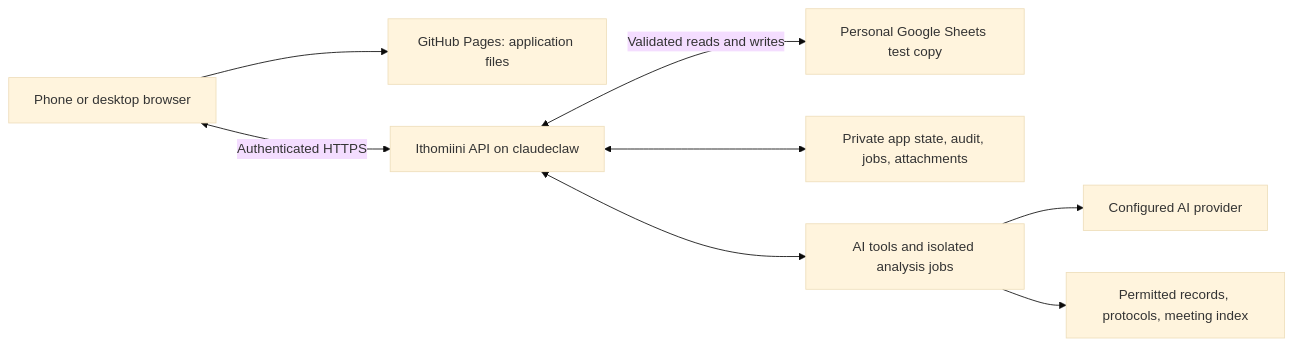
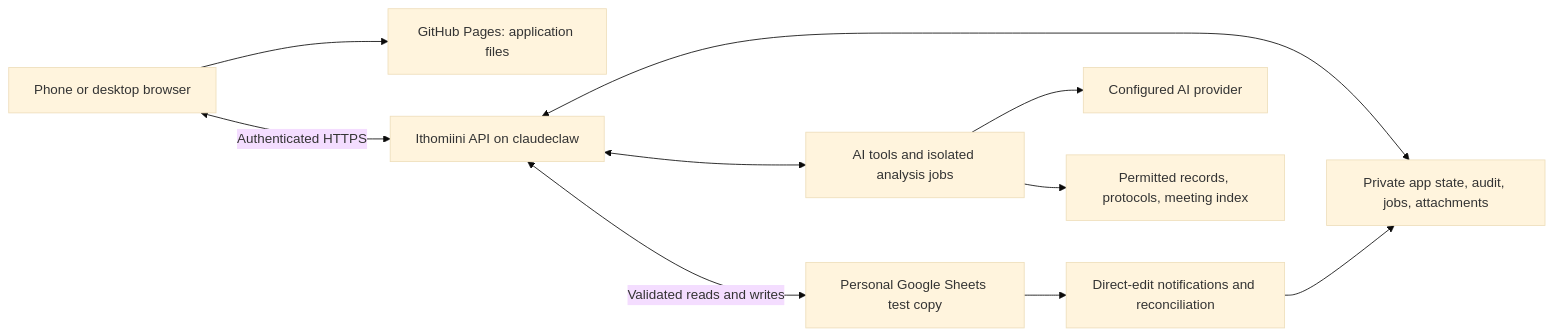
Before and after one commit to rapidspeciation/Shiny_Ikiam_Database_Manager: the diagram in docs/architecture.md, drawn with Mermaid (base theme). The commit also changed other lines of this file and 6 other files, not shown here.

````diff
--- a/docs/architecture.md
+++ b/docs/architecture.md
@@ -5,10 +5,12 @@
 ```mermaid
 flowchart LR
     Browser["Phone or desktop browser"] --> Pages["GitHub Pages: application files"]
     Browser <-->|"Authenticated HTTPS"| API["Ithomiini API on claudeclaw"]
     API <-->|"Validated reads and writes"| Sheets["Personal Google Sheets test copy"]
     API <--> State["Private app state, audit, jobs, attachments"]
+    Sheets --> Observer["Direct-edit notifications and reconciliation"]
+    Observer --> State
     API <--> AI["AI tools and isolated analysis jobs"]
     AI --> Provider["Configured AI provider"]
     AI --> Records["Permitted records, protocols, meeting index"]
 ```
````
